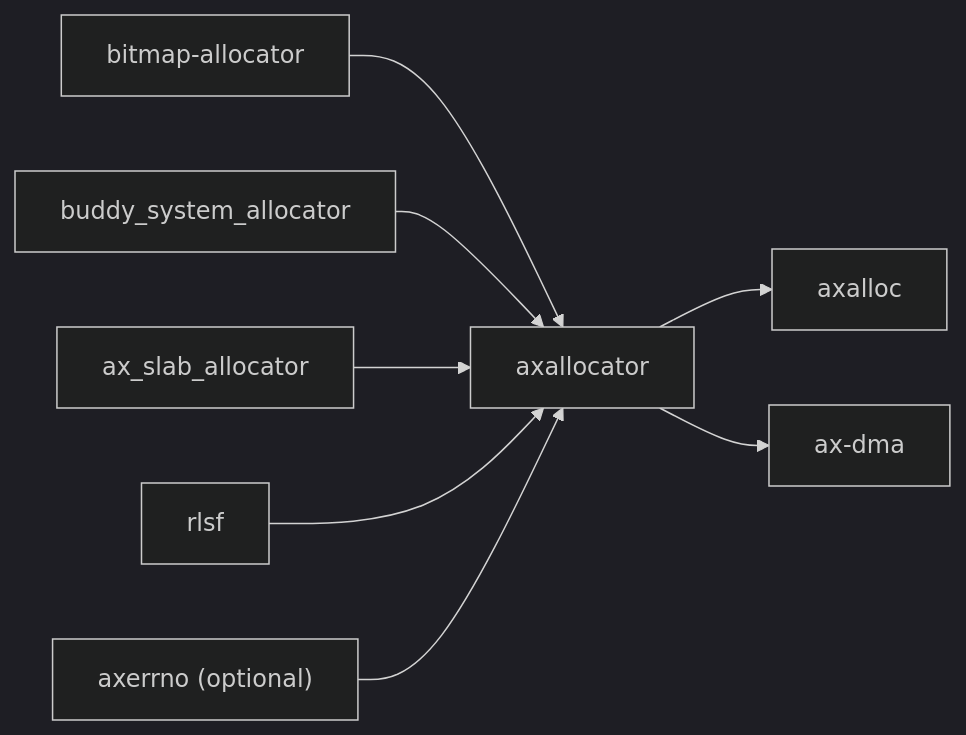
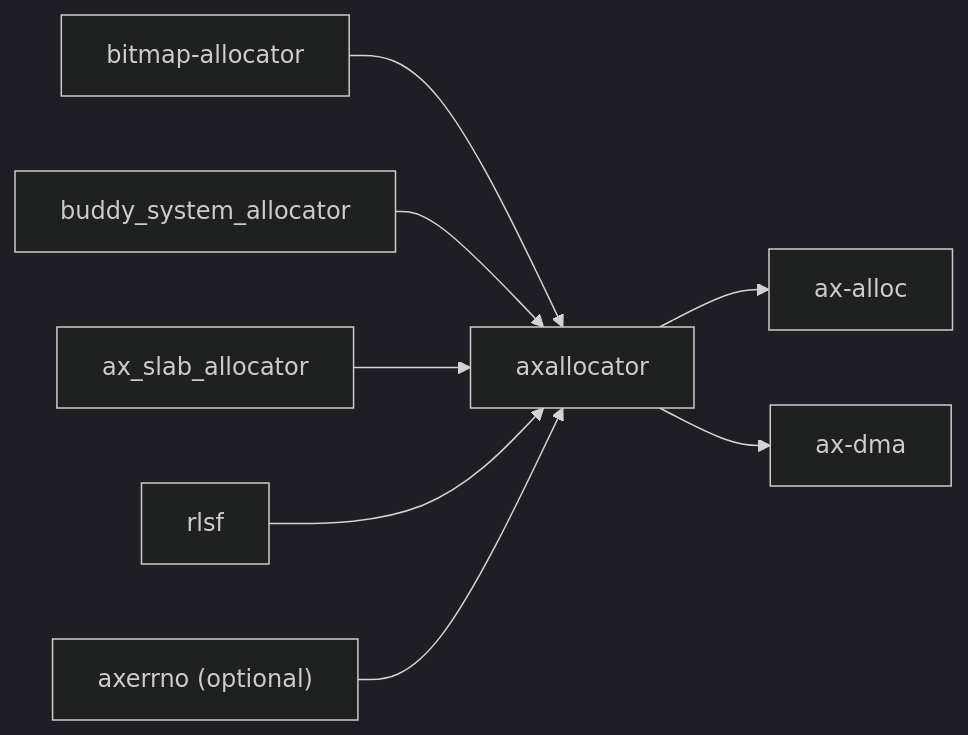
Before and after one commit to zKurisu/tgoskits: the diagram in docs/crates/axallocator.md, drawn with Mermaid (dark theme). The commit also changed other lines of this file and 75 other files, not shown here.

Commit message:
rename axalloc to ax-alloc

````diff
--- a/docs/crates/axallocator.md
+++ b/docs/crates/axallocator.md
@@ -70,11 +70,11 @@
 ```mermaid
 graph LR
     bitmap["bitmap-allocator"] --> axallocator["axallocator"]
     buddy["buddy_system_allocator"] --> axallocator
     slab["ax_slab_allocator"] --> axallocator
     tlsf["rlsf"] --> axallocator
     axerrno["axerrno (optional)"] --> axallocator
 
-    axallocator --> axalloc["axalloc"]
+    axallocator --> ax-alloc["ax-alloc"]
     axallocator --> ax_dma["ax-dma"]
 ```
````
